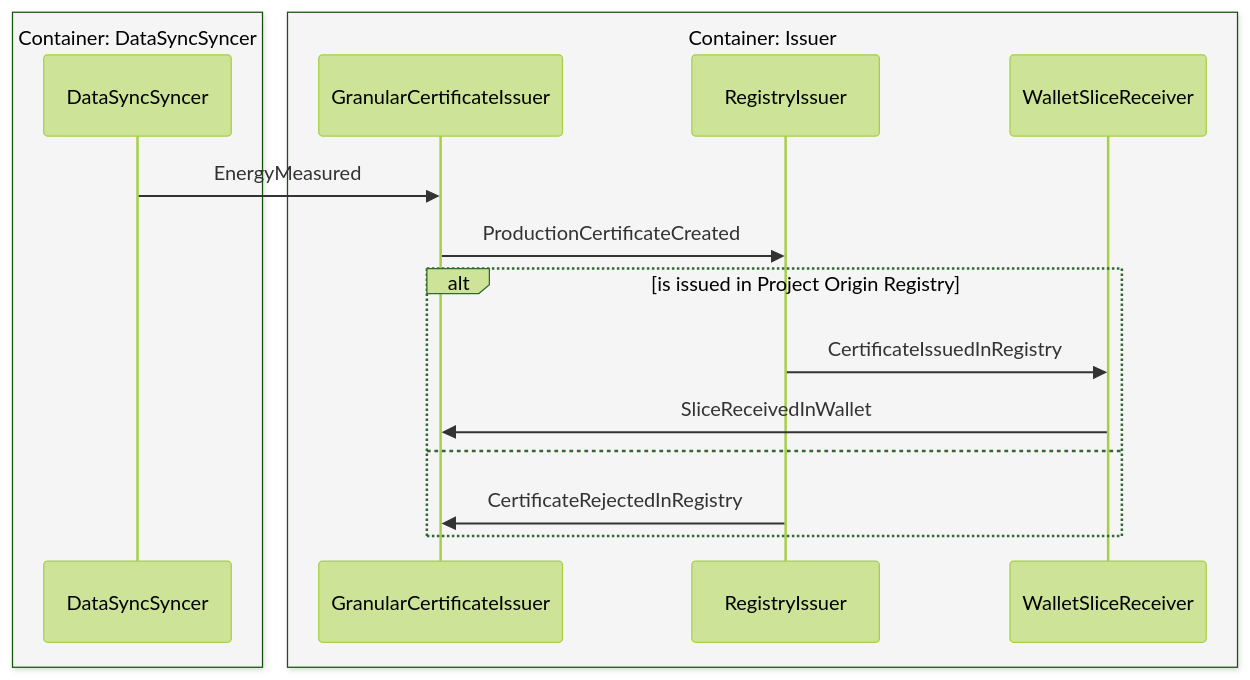
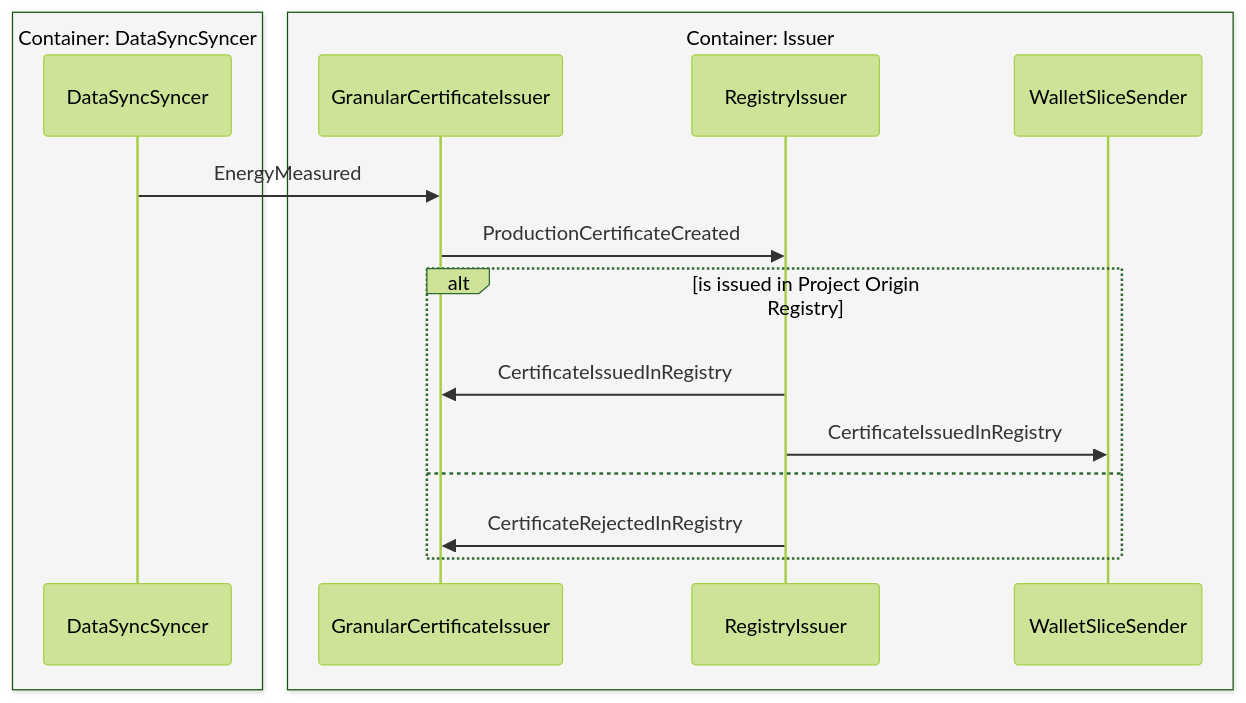
Before and after one commit to Energinet-DataHub/energy-origin: the diagram in doc/architecture/domains/certificates.md, drawn with Mermaid (forest theme). The commit also changed 1 other file, not shown here.

````diff
--- a/doc/architecture/domains/certificates.md
+++ b/doc/architecture/domains/certificates.md
@@ -27,20 +27,20 @@
 ```mermaid
 sequenceDiagram
     box rgb(245,245,245) Container: DataSyncSyncer
     participant dss as DataSyncSyncer
     end
     box rgb(245,245,245) Container: Issuer
     participant gci as GranularCertificateIssuer
     participant reg as RegistryIssuer
-    participant wal as WalletSliceReceiver
+    participant wal as WalletSliceSender
     end
 
     dss->>gci: EnergyMeasured
     gci->>reg: ProductionCertificateCreated
     alt is issued in Project Origin Registry
+        reg->>gci: CertificateIssuedInRegistry
         reg->>wal: CertificateIssuedInRegistry
-        wal->>gci: SliceReceivedInWallet
     else
         reg->>gci: CertificateRejectedInRegistry
     end
 ```
````
